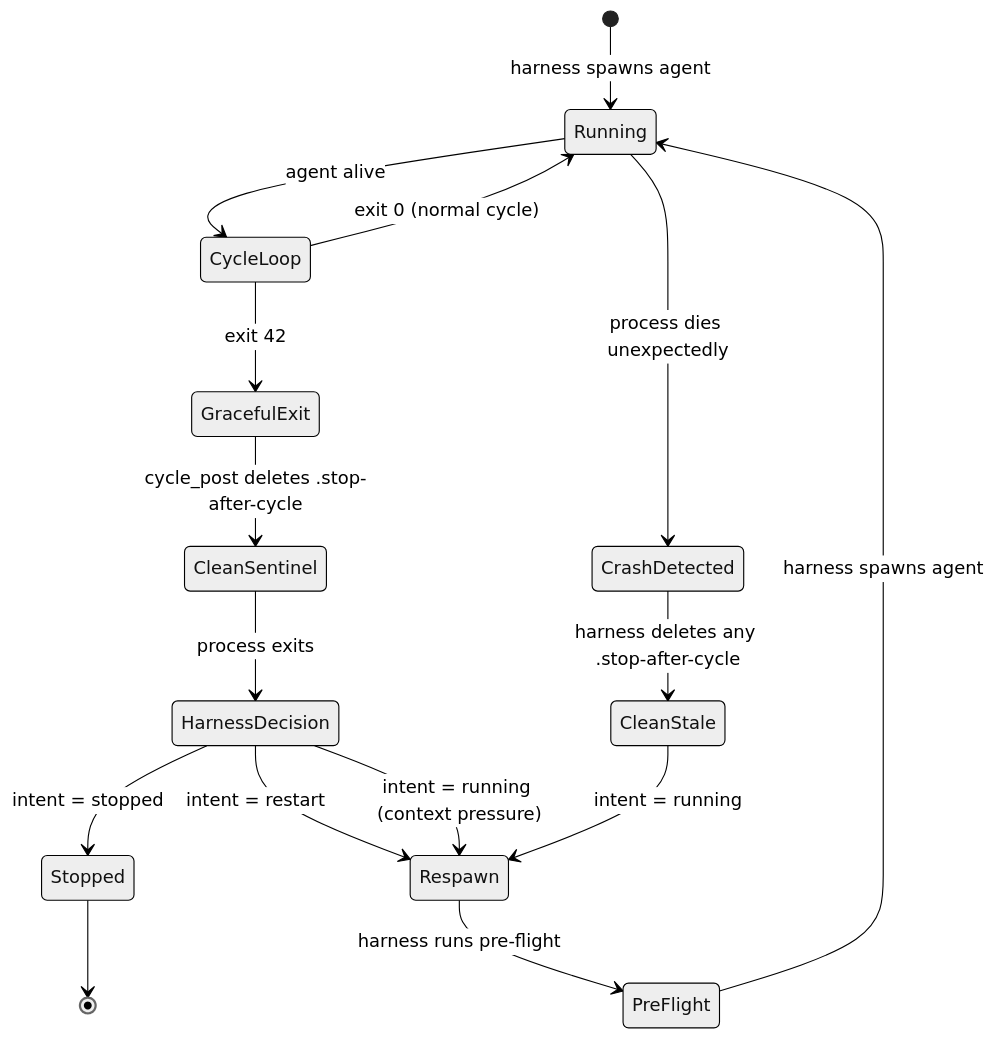
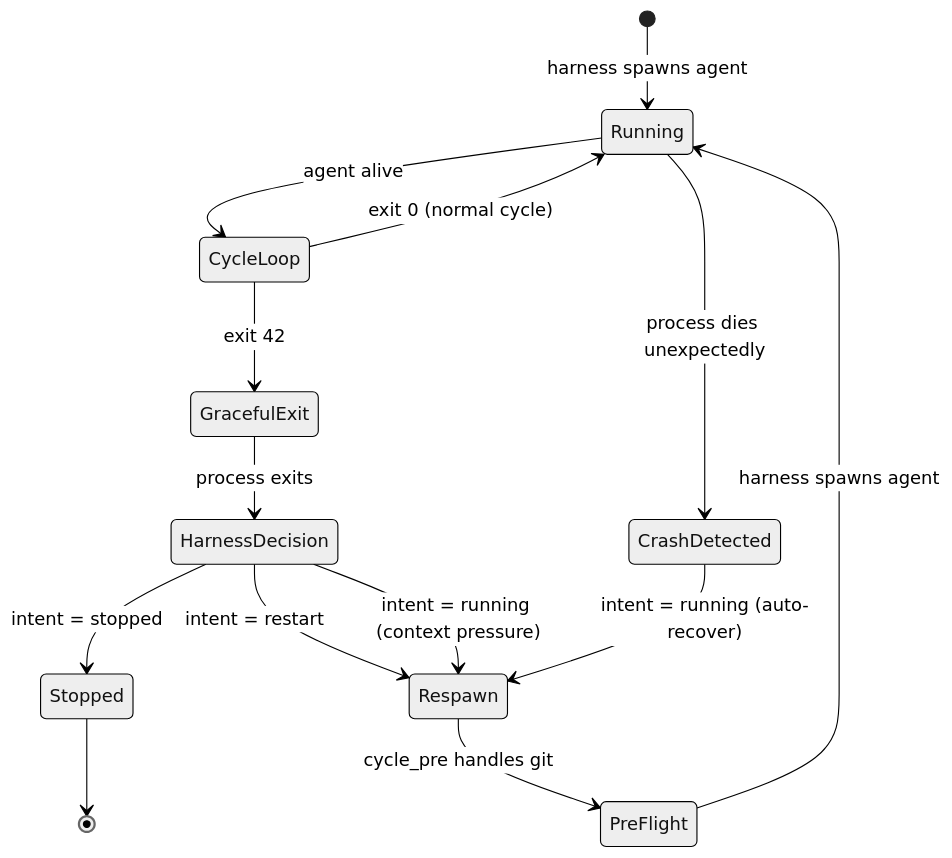
The second of 4 diagrams in .squidsquad/pm/planning/HARNESS-LIFECYCLE-PRD.md (WallyDoodlez/SquidSquad), drawn with Mermaid (neutral theme) before and after one commit. The commit also changed other lines of this file, not shown here.

Commit message:
pm: pm: cycle 898 — quiet, #4979 in-progress

````diff
--- a/.squidsquad/pm/planning/HARNESS-LIFECYCLE-PRD.md
+++ b/.squidsquad/pm/planning/HARNESS-LIFECYCLE-PRD.md
@@ -57,24 +69,22 @@
 ```mermaid
 stateDiagram-v2
     [*] --> Running: harness spawns agent
 
     Running --> CycleLoop: agent alive
     CycleLoop --> Running: exit 0 (normal cycle)
     CycleLoop --> GracefulExit: exit 42
 
-    GracefulExit --> CleanSentinel: cycle_post deletes .stop-after-cycle
-    CleanSentinel --> HarnessDecision: process exits
+    GracefulExit --> HarnessDecision: process exits
 
     HarnessDecision --> Stopped: intent = stopped
     HarnessDecision --> Respawn: intent = restart
     HarnessDecision --> Respawn: intent = running (context pressure)
 
     Running --> CrashDetected: process dies unexpectedly
-    CrashDetected --> CleanStale: harness deletes any .stop-after-cycle
-    CleanStale --> Respawn: intent = running
+    CrashDetected --> Respawn: intent = running (auto-recover)
 
-    Respawn --> PreFlight: harness runs pre-flight
+    Respawn --> PreFlight: cycle_pre handles git
     PreFlight --> Running: harness spawns agent
 
     Stopped --> [*]
 ```
````
